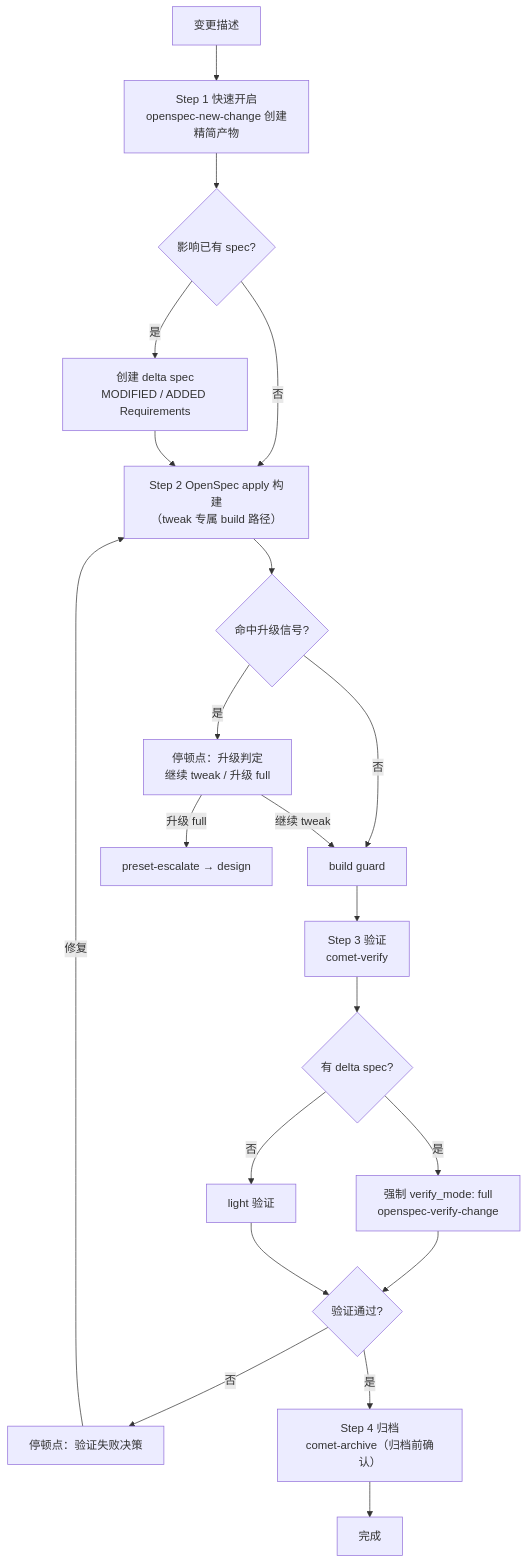
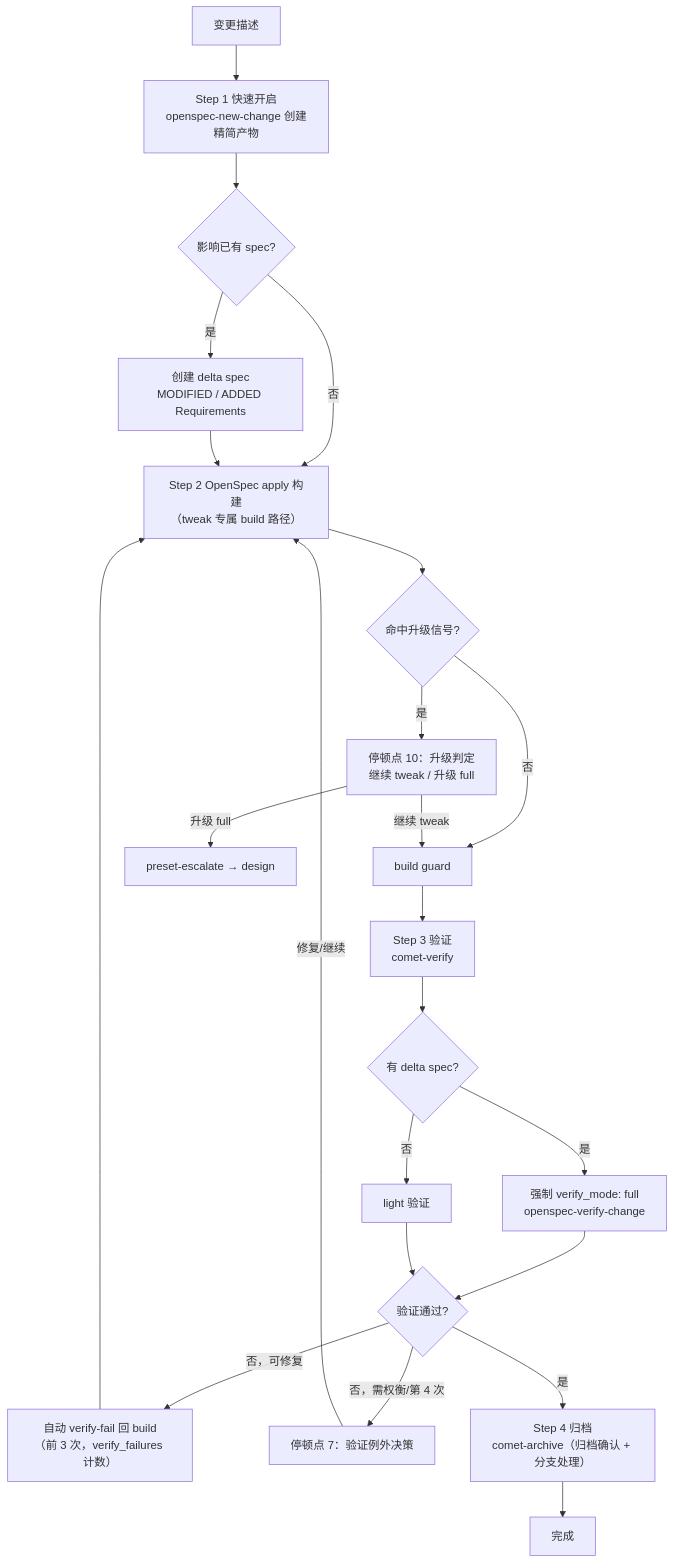
The diagram in zh/presets/tweak.mdx (rpamis/comet-website-docs), drawn with Mermaid before and after one commit. The commit also changed other lines of this file and 17 other files, not shown here.

````diff
--- a/zh/presets/tweak.mdx
+++ b/zh/presets/tweak.mdx
@@ -76,23 +76,25 @@
 ```mermaid
 flowchart TD
     Start["变更描述"] --> S1["Step 1 快速开启<br/>openspec-new-change 创建精简产物"]
     S1 --> Delta{"影响已有 spec?"}
     Delta -->|是| CreateDelta["创建 delta spec<br/>MODIFIED / ADDED Requirements"]
     Delta -->|否| S2["Step 2 OpenSpec apply 构建<br/>（tweak 专属 build 路径）"]
     CreateDelta --> S2
     S2 --> Esc{"命中升级信号?"}
-    Esc -->|是| EscStop["停顿点：升级判定<br/>继续 tweak / 升级 full"]
+    Esc -->|是| EscStop["停顿点 10：升级判定<br/>继续 tweak / 升级 full"]
     Esc -->|否| Guard["build guard"]
     EscStop -->|继续 tweak| Guard
     EscStop -->|升级 full| EscUp["preset-escalate → design"]
     Guard --> S3["Step 3 验证<br/>comet-verify"]
     S3 --> HasDelta{"有 delta spec?"}
     HasDelta -->|是| FullV["强制 verify_mode: full<br/>openspec-verify-change"]
     HasDelta -->|否| LightV["light 验证"]
     FullV --> Vf{"验证通过?"}
     LightV --> Vf
-    Vf -->|否| VfStop["停顿点：验证失败决策"]
-    VfStop -->|修复| S2
-    Vf -->|是| S4["Step 4 归档<br/>comet-archive（归档前确认）"]
+    Vf -->|否，可修复| Auto["自动 verify-fail 回 build<br/>（前 3 次，verify_failures 计数）"]
+    Vf -->|否，需权衡/第 4 次| VfStop["停顿点 7：验证例外决策"]
+    Auto --> S2
+    VfStop -->|修复/继续| S2
+    Vf -->|是| S4["Step 4 归档<br/>comet-archive（归档确认 + 分支处理）"]
     S4 --> Done["完成"]
 ```
````
